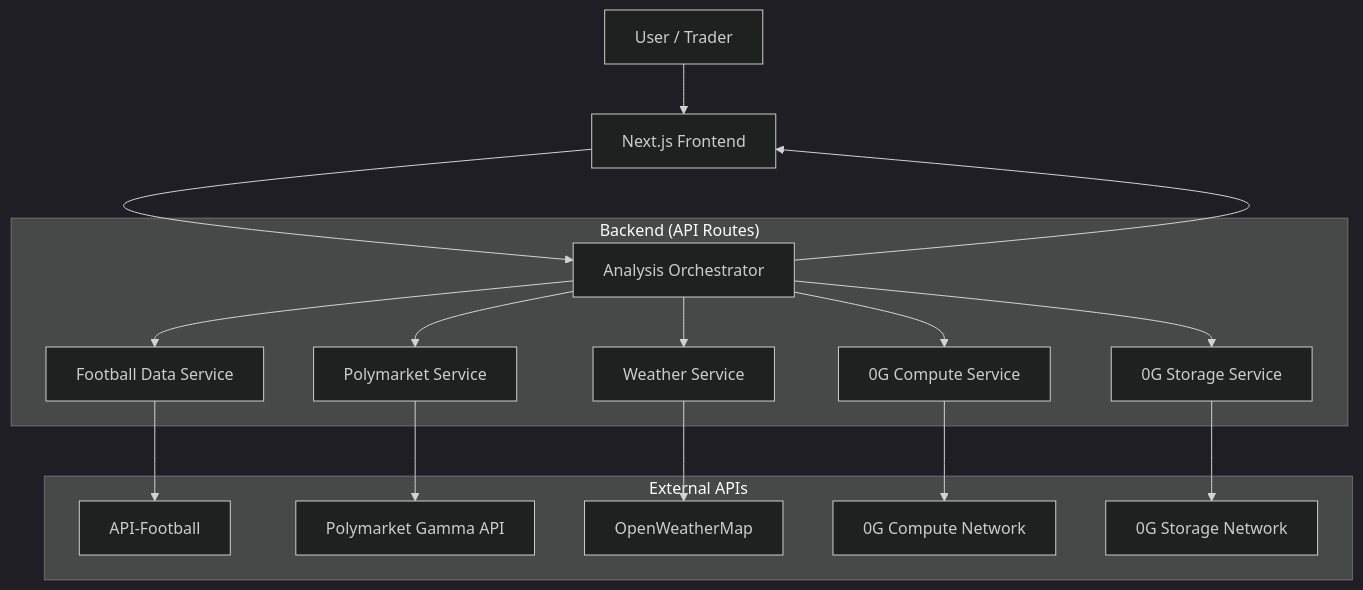
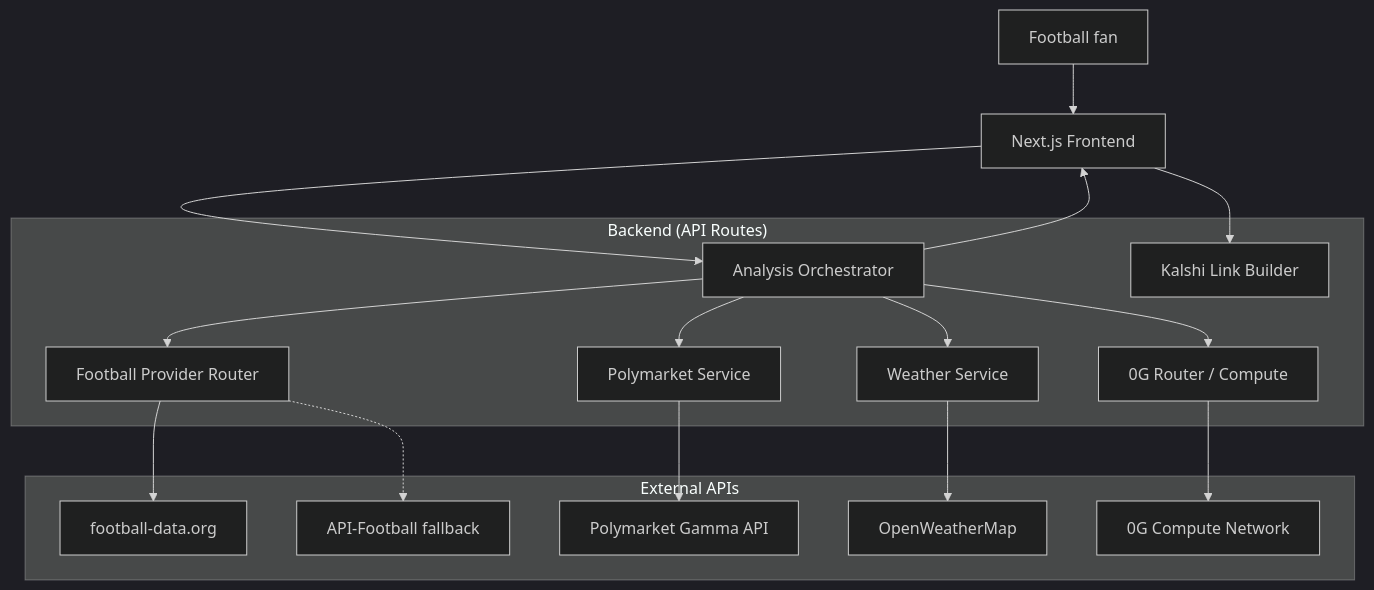
One commit to mandatedisrael/ai.ball changed the first of 2 diagrams in architecture.md. Above: the diagram before and after it, drawn with Mermaid (dark theme). The commit also changed other lines of this file and 4 other files, not shown here.

````diff
--- a/architecture.md
+++ b/architecture.md
@@ -33,31 +37,33 @@
 ```mermaid
 flowchart TB
-    User[User / Trader]
+    User[Football fan]
     UI[Next.js Frontend]
 
     subgraph Backend["Backend (API Routes)"]
         Orch[Analysis Orchestrator]
-        Football[Football Data Service]
+        Football[Football Provider Router]
         Poly[Polymarket Service]
+        Kalshi[Kalshi Link Builder]
         Weather[Weather Service]
-        Compute[0G Compute Service]
-        Memory[0G Storage Service]
+        Compute[0G Router / Compute]
     end
 
     subgraph External["External APIs"]
-        APIFootball[API-Football]
+        FootballData[football-data.org]
+        APIFootball[API-Football fallback]
         Gamma[Polymarket Gamma API]
         OWM[OpenWeatherMap]
-        ZGCompute[0G Compute Network]
-        ZGStorage[0G Storage Network]
+        ZG[0G Compute Network]
     end
 
     User --> UI
     UI --> Orch
-    Orch --> Football --> APIFootball
+    Orch --> Football
+    Football --> FootballData
+    Football -.-> APIFootball
     Orch --> Poly --> Gamma
+    UI --> Kalshi
     Orch --> Weather --> OWM
-    Orch --> Compute --> ZGCompute
-    Orch --> Memory --> ZGStorage
+    Orch --> Compute --> ZG
     Orch --> UI
 ```
````
